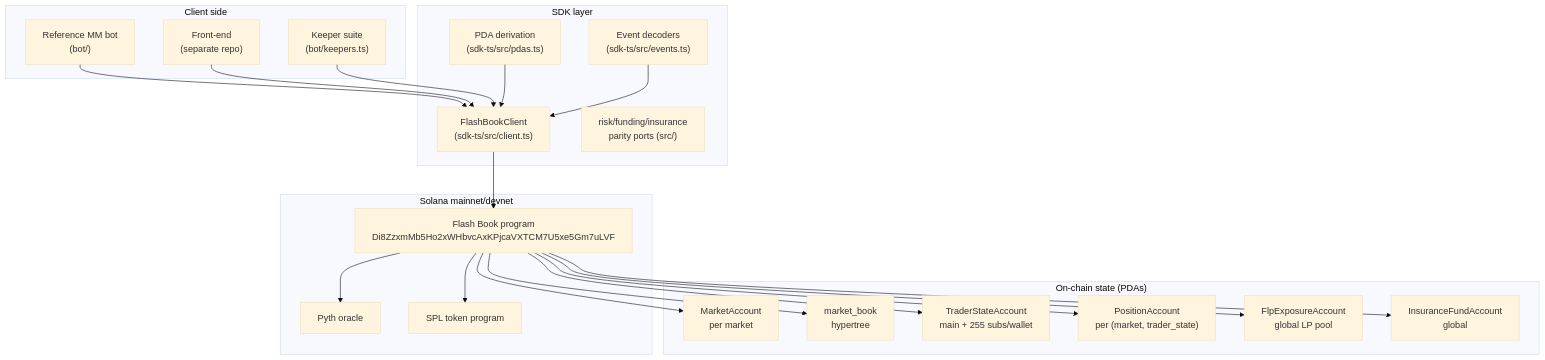
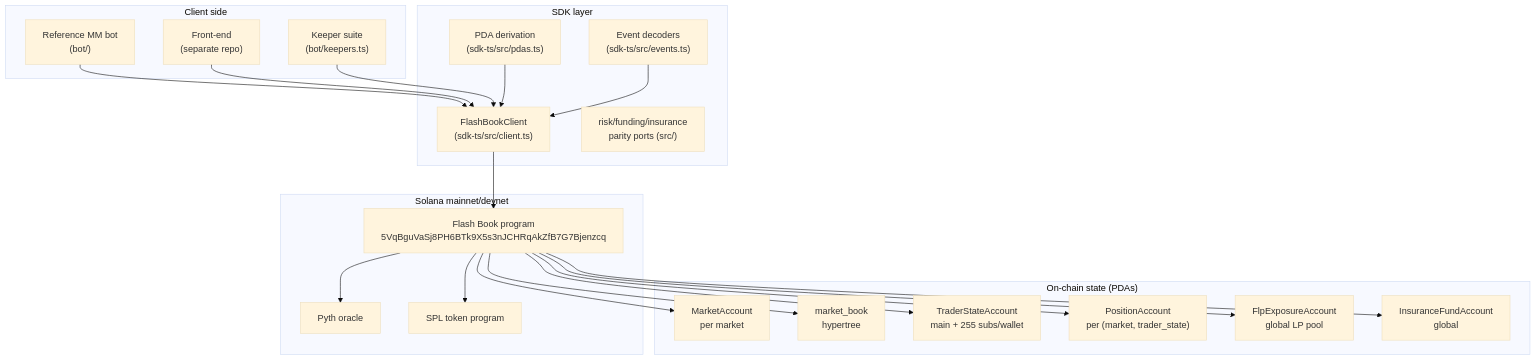
One commit to Abdr007/flash-book changed the first of 8 diagrams in docs/DIAGRAMS.md. Above: the diagram before and after it, drawn with Mermaid (base theme). The commit also changed 14 other files, not shown here.

````diff
--- a/docs/DIAGRAMS.md
+++ b/docs/DIAGRAMS.md
@@ -9,45 +9,45 @@
 ```mermaid
 flowchart TB
     subgraph clients["Client side"]
         bot["Reference MM bot<br/>(bot/)"]
         ui["Front-end<br/>(separate repo)"]
         keeper["Keeper suite<br/>(bot/keepers.ts)"]
     end
 
     subgraph sdk["SDK layer"]
         client["FlashBookClient<br/>(sdk-ts/src/client.ts)"]
         pdas["PDA derivation<br/>(sdk-ts/src/pdas.ts)"]
         events["Event decoders<br/>(sdk-ts/src/events.ts)"]
         parity["risk/funding/insurance<br/>parity ports (src/)"]
     end
 
     subgraph chain["Solana mainnet/devnet"]
-        program["Flash Book program<br/>Di8ZzxmMb5Ho2xWHbvcAxKPjcaVXTCM7U5xe5Gm7uLVF"]
+        program["Flash Book program<br/>5VqBguVaSj8PH6BTk9X5s3nJCHRqAkZfB7G7Bjenzcq"]
         pyth["Pyth oracle"]
         spl["SPL token program"]
     end
 
     subgraph storage["On-chain state (PDAs)"]
         market["MarketAccount<br/>per market"]
         book["market_book<br/>hypertree"]
         ts["TraderStateAccount<br/>main + 255 subs/wallet"]
         pos["PositionAccount<br/>per (market, trader_state)"]
         flp["FlpExposureAccount<br/>global LP pool"]
         ifund["InsuranceFundAccount<br/>global"]
     end
 
     bot --> client
     ui --> client
     keeper --> client
     client --> program
     pdas --> client
     events --> client
     program --> market
     program --> book
     program --> ts
     program --> pos
     program --> flp
     program --> ifund
     program --> pyth
     program --> spl
 ```
````
